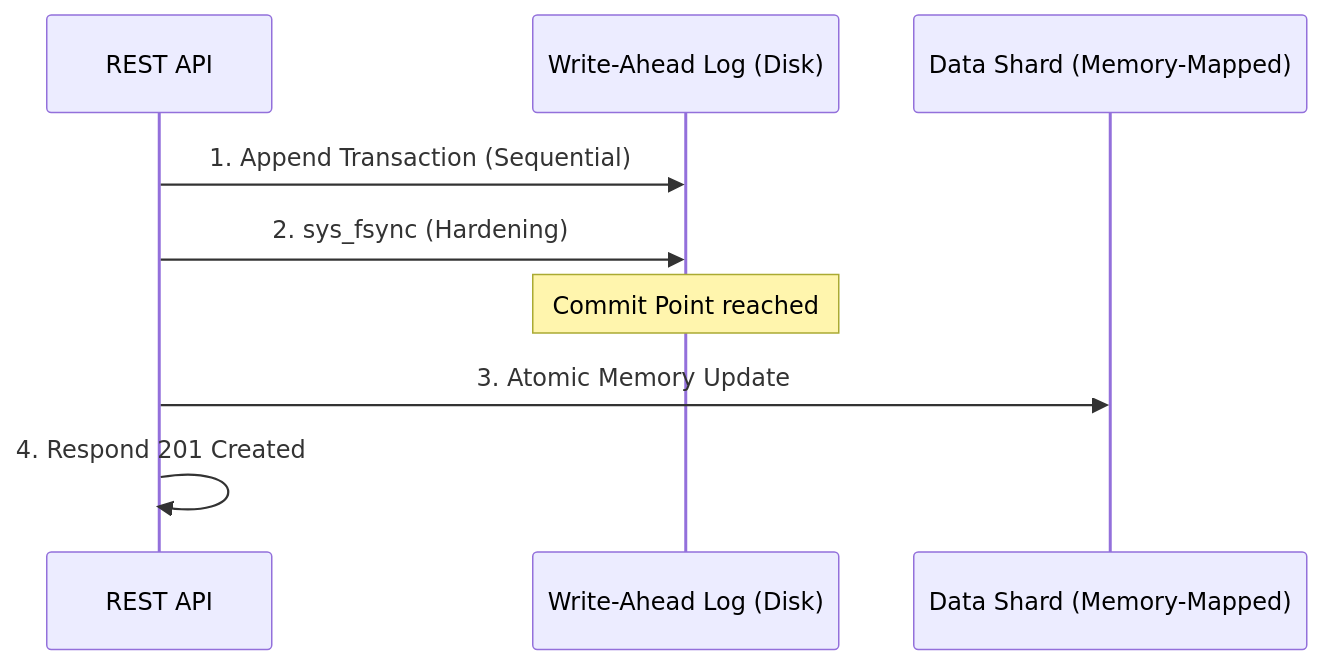
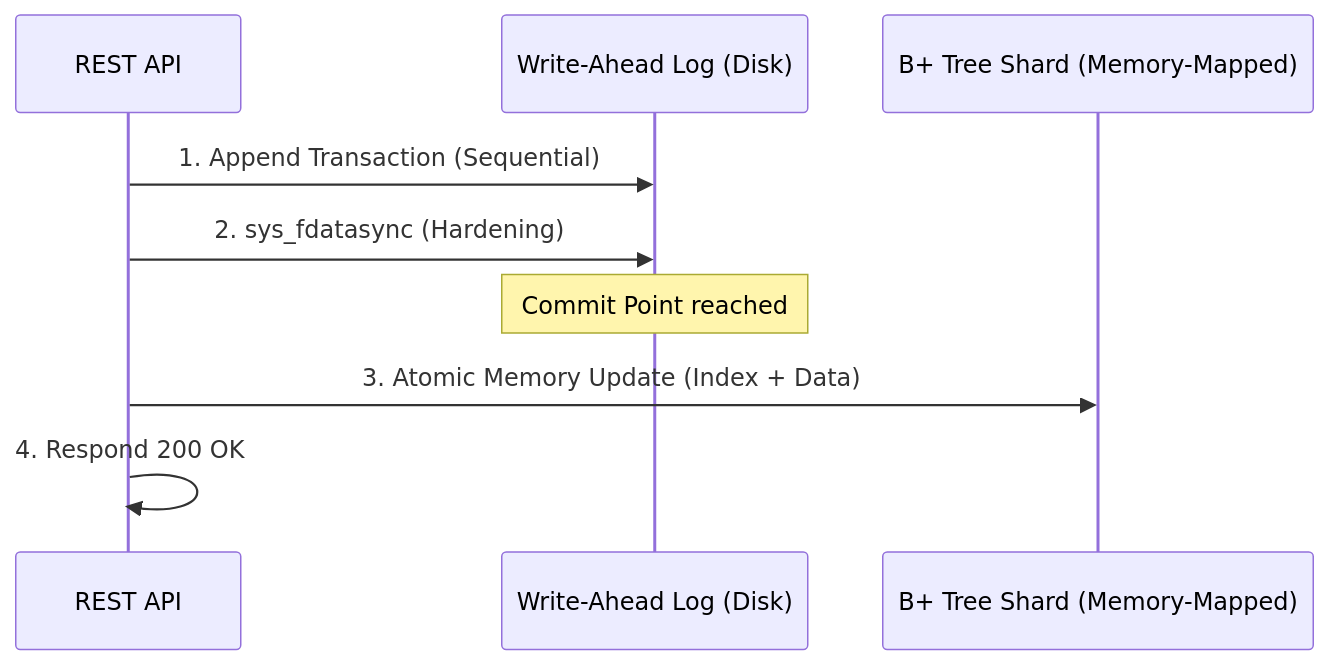
The third of 4 diagrams in ARCHITECTURE.md (BlockmakerCompany/la-roca-micro-kv), drawn with Mermaid before and after one commit. The commit also changed other lines of this file and 4 other files, not shown here.

Commit message:
docs: update memory layout and architecture docs for B+ Tree

````diff
--- a/ARCHITECTURE.md
+++ b/ARCHITECTURE.md
@@ -83,12 +79,12 @@
 ```mermaid
 sequenceDiagram
     participant API as REST API
     participant WAL as Write-Ahead Log (Disk)
-    participant Shard as Data Shard (Memory-Mapped)
+    participant Shard as B+ Tree Shard (Memory-Mapped)
 
     API->>WAL: 1. Append Transaction (Sequential)
-    API->>WAL: 2. sys_fsync (Hardening)
+    API->>WAL: 2. sys_fdatasync (Hardening)
     Note over WAL: Commit Point reached
-    API->>Shard: 3. Atomic Memory Update
-    API->>API: 4. Respond 201 Created
+    API->>Shard: 3. Atomic Memory Update (Index + Data)
+    API->>API: 4. Respond 200 OK
 ```
````
